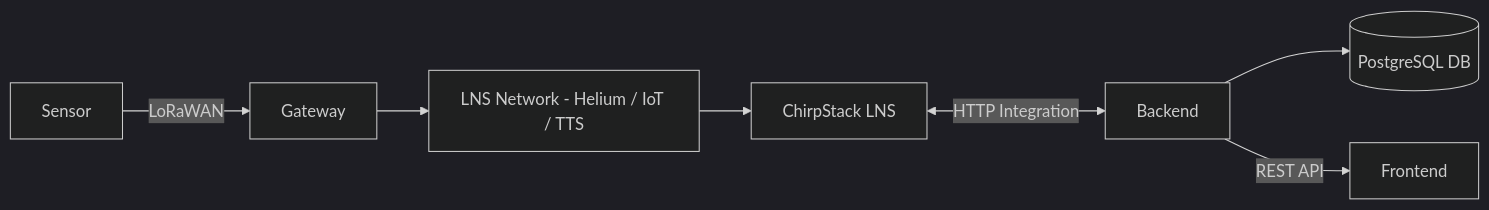
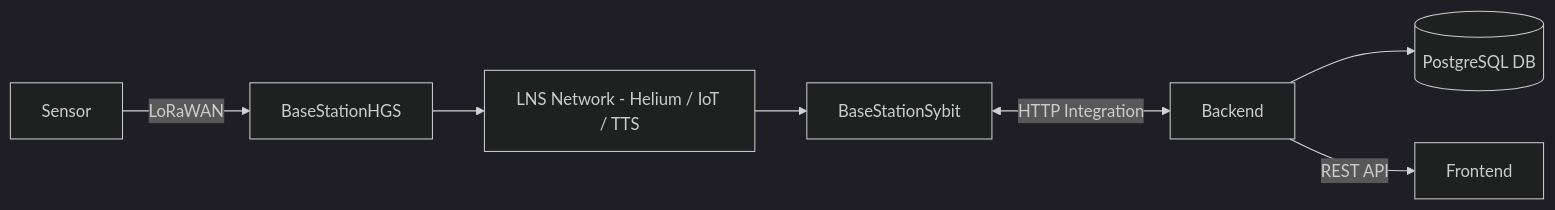
The diagram in README.md (hgs-itg27/citbin), drawn with Mermaid (dark theme) before and after one commit.

````diff
--- a/README.md
+++ b/README.md
@@ -61,12 +61,12 @@
 ```mermaid
 flowchart LR
-
-    sensor[Sensor] -->|LoRaWAN| gateway[Gateway]
-    gateway --> lns["LNS Network - Helium / IoT / TTS"]
-    lns --> chirpstack["ChirpStack LNS"]
-
-    chirpstack <-->|HTTP Integration| backend[Backend]
-
+ 
+    sensor[Sensor] -->|LoRaWAN| BaseStationHGS[BaseStationHGS]
+    BaseStationHGS --> lns["LNS Network - Helium / IoT / TTS"]
+    lns --> BaseStationSybit["BaseStationSybit"]
+ 
+    BaseStationSybit <-->|HTTP Integration| backend[Backend]
+ 
     backend --> db[(PostgreSQL DB)]
     backend -->|REST API| frontend[Frontend]
 ```
````
